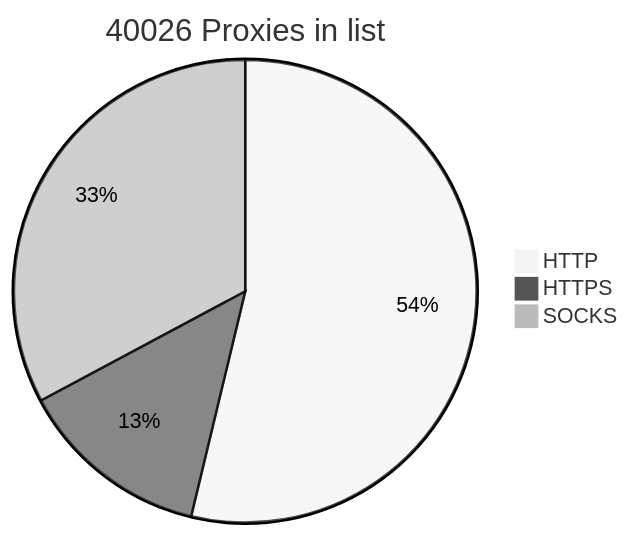
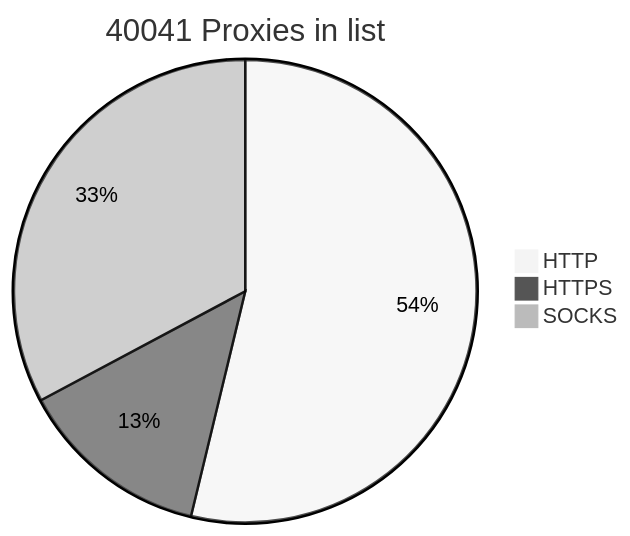
Before and after one commit to BlackSnowDot/proxylist-update-every-minute: the diagram in README.md, drawn with Mermaid (neutral theme).

````diff
--- a/README.md
+++ b/README.md
@@ -2,6 +2,6 @@
 ```mermaid
-pie title 40026 Proxies in list
-    "HTTP" : 23962
-    "HTTPS": 5986
+pie title 40041 Proxies in list
+    "HTTP" : 23976
+    "HTTPS": 5988
     "SOCKS" : 14628
 ```
````
